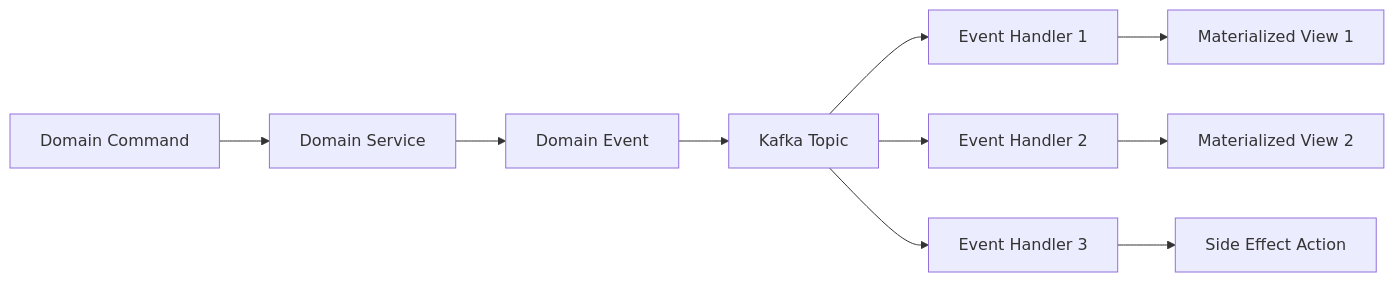
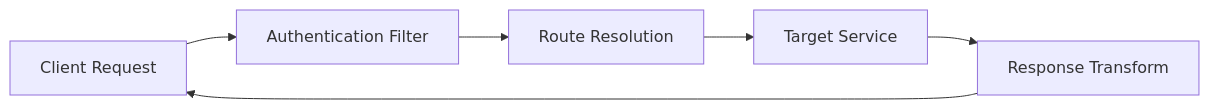
The second of 11 diagrams in docs/development/architecture/README.md (Praesto-Pro/openframe-oss-tenant), drawn with Mermaid before and after one commit. The commit also changed other lines of this file and 214 other files, not shown here.

````diff
--- a/docs/development/architecture/README.md
+++ b/docs/development/architecture/README.md
@@ -79,12 +96,8 @@
 ```mermaid
 flowchart LR
-    Command[Domain Command] --> Service[Domain Service]
-    Service --> Event[Domain Event]
-    Event --> Kafka[Kafka Topic]
-    Kafka --> Handler1[Event Handler 1]
-    Kafka --> Handler2[Event Handler 2]
-    Kafka --> Handler3[Event Handler 3]
-    Handler1 --> View1[Materialized View 1]
-    Handler2 --> View2[Materialized View 2]
-    Handler3 --> Action[Side Effect Action]
+    Client[Client Request] --> Auth[Authentication Filter]
+    Auth --> Route[Route Resolution]
+    Route --> Service[Target Service]
+    Service --> Response[Response Transform]
+    Response --> Client
 ```
````
